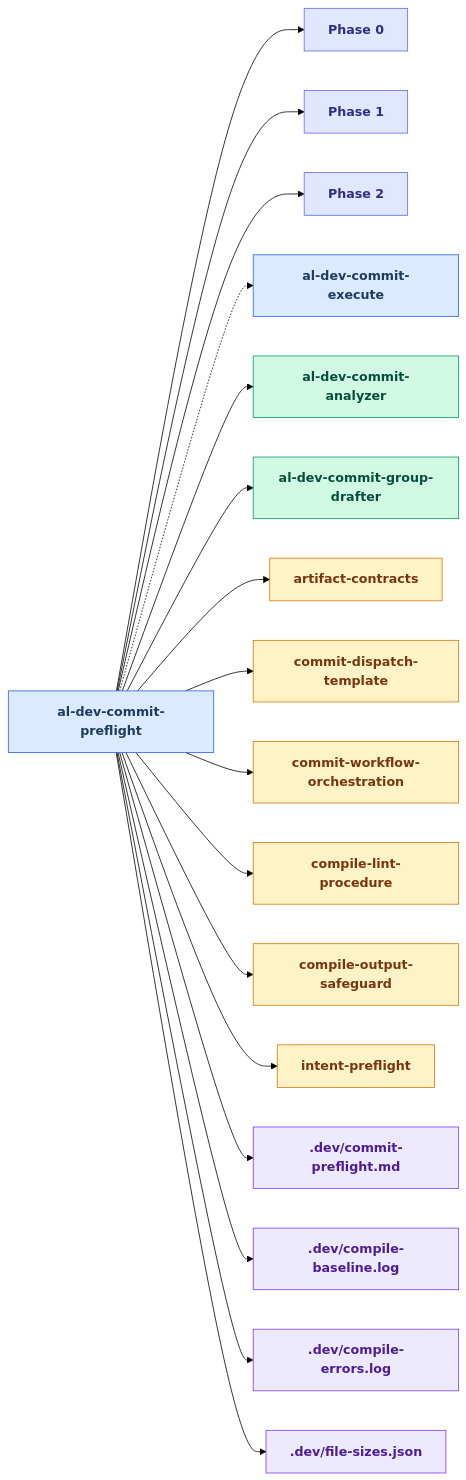
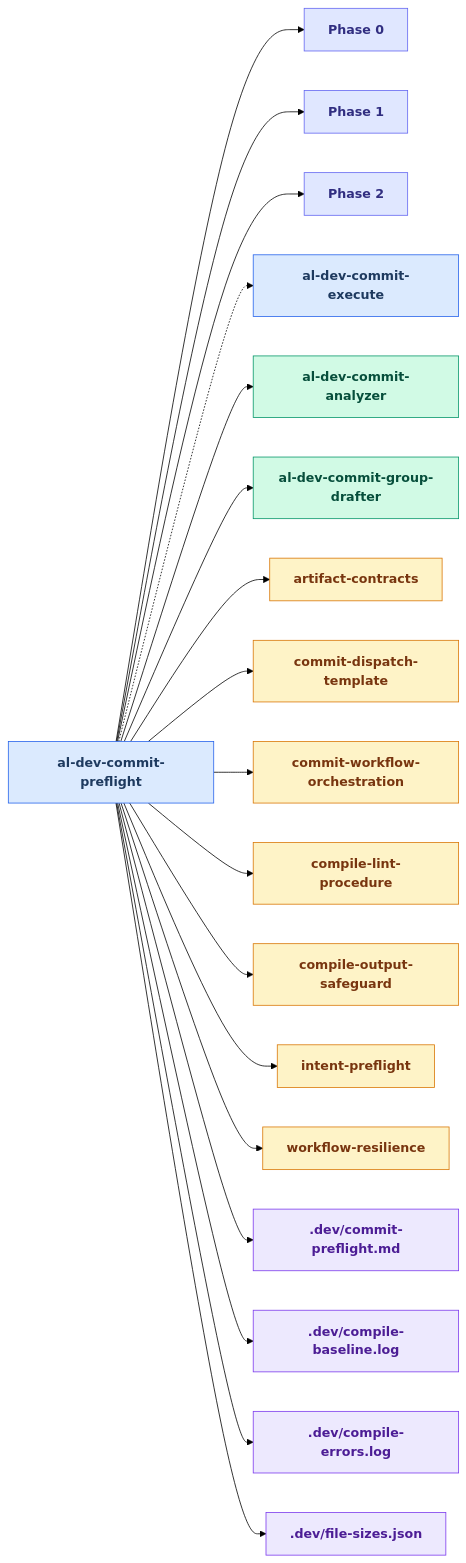
Before and after one commit to russell-laing/al-dev-shared: diagram 15 of 25 in docs/al-dev-skills-map.md, drawn with Mermaid (forest theme). The commit also changed other lines of this file and 4 other files, not shown here.

````diff
--- a/docs/al-dev-skills-map.md
+++ b/docs/al-dev-skills-map.md
@@ -735,61 +741,64 @@
 ```mermaid
 flowchart LR
     classDef skillNode fill:#dbeafe,stroke:#2563eb,color:#1e3a5f,font-weight:bold
     classDef agentNode fill:#d1fae5,stroke:#059669,color:#064e3b,font-weight:bold
     classDef knowledgeNode fill:#fef3c7,stroke:#d97706,color:#78350f,font-weight:bold
     classDef artifactNode fill:#ede9fe,stroke:#7c3aed,color:#4c1d95,font-weight:bold
     classDef phaseNode fill:#e0e7ff,stroke:#6366f1,color:#312e81,font-weight:bold
 
     skill_al_dev_commit_preflight[al-dev-commit-preflight]
     Phase0["Phase 0"]
     Phase1["Phase 1"]
     Phase2["Phase 2"]
     skill_al_dev_commit_execute[al-dev-commit-execute]
     agent_al_dev_commit_analyzer[al-dev-commit-analyzer]
     agent_al_dev_commit_group_drafter[al-dev-commit-group-drafter]
     knowledge_artifact_contracts_md[artifact-contracts]
     knowledge_commit_dispatch_template_md[commit-dispatch-template]
     knowledge_commit_workflow_orchestration_md[commit-workflow-orchestration]
     knowledge_compile_lint_procedure_md[compile-lint-procedure]
     knowledge_compile_output_safeguard_md[compile-output-safeguard]
     knowledge_intent_preflight_md[intent-preflight]
+    knowledge_workflow_resilience_md[workflow-resilience]
     artifact_commit_preflight_md[.dev/commit-preflight.md]
     artifact_compile_baseline_log[.dev/compile-baseline.log]
     artifact_compile_errors_log[.dev/compile-errors.log]
     artifact_file_sizes_json[.dev/file-sizes.json]
 
     skill_al_dev_commit_preflight --> Phase0
     skill_al_dev_commit_preflight --> Phase1
     skill_al_dev_commit_preflight --> Phase2
     skill_al_dev_commit_preflight -.-> skill_al_dev_commit_execute
     skill_al_dev_commit_preflight --> agent_al_dev_commit_analyzer
     skill_al_dev_commit_preflight --> agent_al_dev_commit_group_drafter
     skill_al_dev_commit_preflight --> knowledge_artifact_contracts_md
     skill_al_dev_commit_preflight --> knowledge_commit_dispatch_template_md
     skill_al_dev_commit_preflight --> knowledge_commit_workflow_orchestration_md
     skill_al_dev_commit_preflight --> knowledge_compile_lint_procedure_md
     skill_al_dev_commit_preflight --> knowledge_compile_output_safeguard_md
     skill_al_dev_commit_preflight --> knowledge_intent_preflight_md
+    skill_al_dev_commit_preflight --> knowledge_workflow_resilience_md
     skill_al_dev_commit_preflight --> artifact_commit_preflight_md
     skill_al_dev_commit_preflight --> artifact_compile_baseline_log
     skill_al_dev_commit_preflight --> artifact_compile_errors_log
     skill_al_dev_commit_preflight --> artifact_file_sizes_json
 
     class skill_al_dev_commit_preflight skillNode
     class Phase0 phaseNode
     class Phase1 phaseNode
     class Phase2 phaseNode
     class skill_al_dev_commit_execute skillNode
     class agent_al_dev_commit_analyzer agentNode
     class agent_al_dev_commit_group_drafter agentNode
     class knowledge_artifact_contracts_md knowledgeNode
     class knowledge_commit_dispatch_template_md knowledgeNode
     class knowledge_commit_workflow_orchestration_md knowledgeNode
     class knowledge_compile_lint_procedure_md knowledgeNode
     class knowledge_compile_output_safeguard_md knowledgeNode
     class knowledge_intent_preflight_md knowledgeNode
+    class knowledge_workflow_resilience_md knowledgeNode
     class artifact_commit_preflight_md artifactNode
     class artifact_compile_baseline_log artifactNode
     class artifact_compile_errors_log artifactNode
     class artifact_file_sizes_json artifactNode
 ```
````
